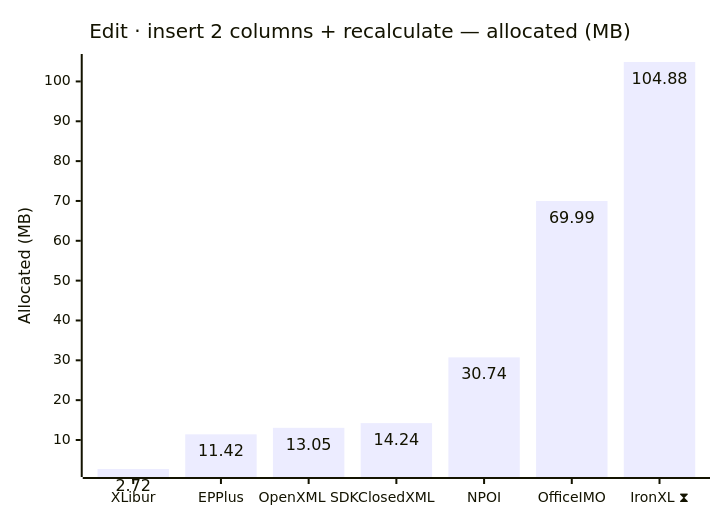
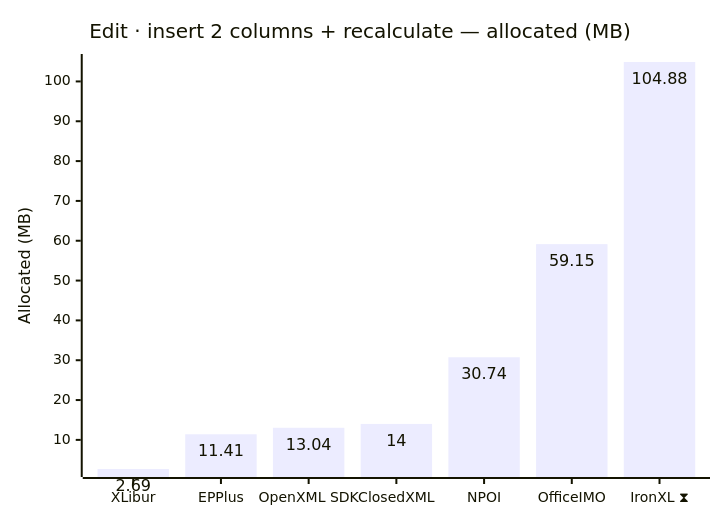
One commit to jafin/XLBench changed diagram 14 of 18 in docs/results-ci.md. Above: the diagram before and after it, drawn with Mermaid. The commit also changed other lines of this file, not shown here.

````diff
--- a/docs/results-ci.md
+++ b/docs/results-ci.md
@@ -186,12 +212,12 @@
 ```mermaid
 ---
 config:
   xyChart:
     showDataLabel: true
 ---
 xychart-beta
     title "Edit · insert 2 columns + recalculate — allocated (MB)"
     x-axis ["XLibur", "EPPlus", "OpenXML SDK", "ClosedXML", "NPOI", "OfficeIMO", "IronXL ⧗"]
     y-axis "Allocated (MB)"
-    bar [2.72, 11.42, 13.05, 14.24, 30.74, 69.99, 104.88]
+    bar [2.69, 11.41, 13.04, 14, 30.74, 59.15, 104.88]
 ```
````
